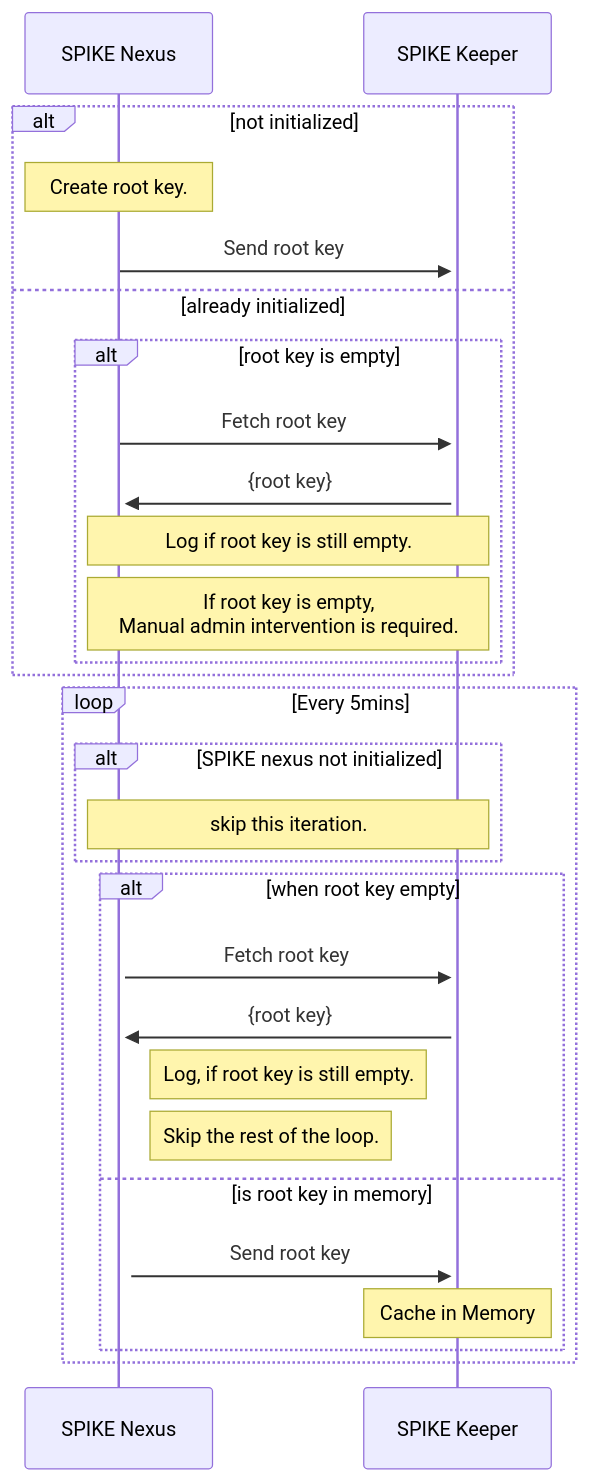
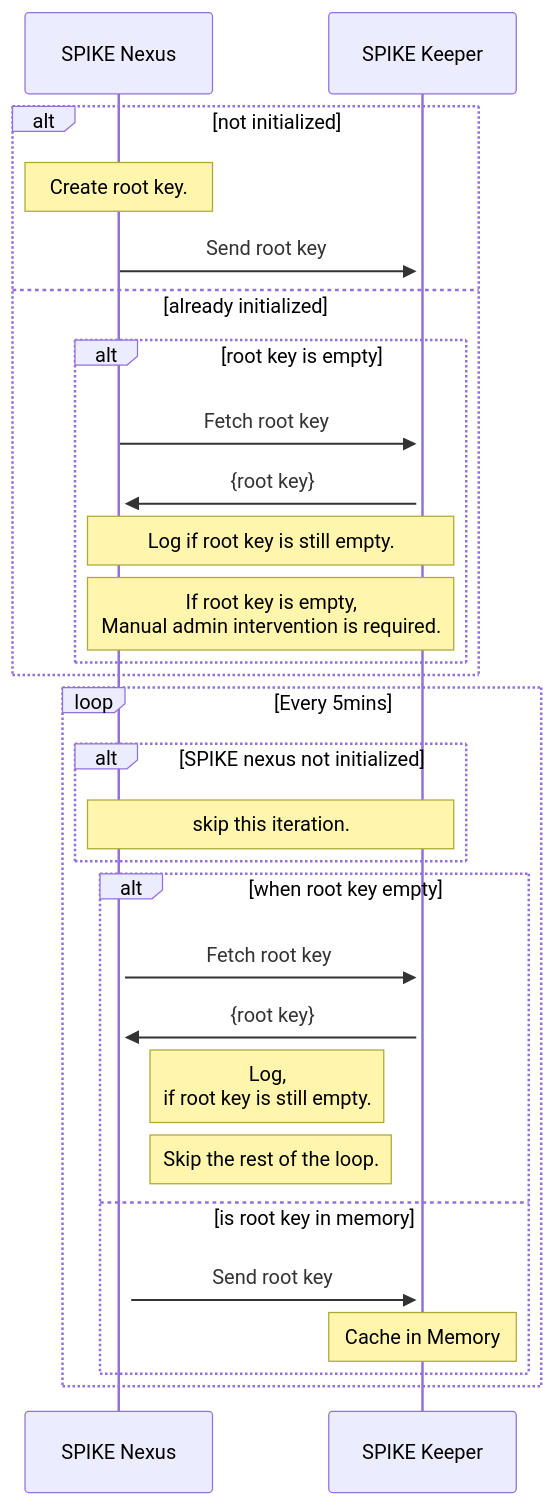
One commit to spiffe/spike changed the diagram in docs/architecture/charts/day-zero.md. Above: the diagram before and after it, drawn with Mermaid. The commit also changed 12 other files, not shown here.

````diff
--- a/docs/architecture/charts/day-zero.md
+++ b/docs/architecture/charts/day-zero.md
@@ -5,35 +5,35 @@
 ```mermaid
 sequenceDiagram
     participant N as SPIKE Nexus
     participant K as SPIKE Keeper
     alt not initialized
         Note over N: Create root key.
 
         N->>+K: Send root key 
     else already initialized
         alt root key is empty
             N->>+K: Fetch root key 
             K->>+N: {root key}
             Note over N,K: Log if root key is still empty.
             Note over N,K: If root key is empty,<br>Manual admin intervention is required.
         end
     end
 
     loop Every 5mins
         alt SPIKE nexus not initialized
             Note over N,K: skip this iteration.
         end
 
         alt when root key empty
             N->>+K: Fetch root key 
             K->>+N: {root key}
 
-            Note right of N: Log, if root key is still empty.
+            Note right of N: Log,<br>if root key is still empty.
             Note right of N: Skip the rest of the loop.
         else is root key in memory
             N->>+K: Send root key
 
             Note over K: Cache in Memory
         end
     end
 ```
````
